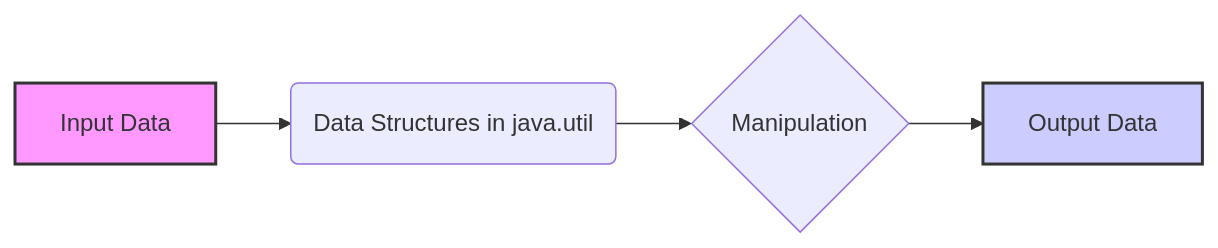
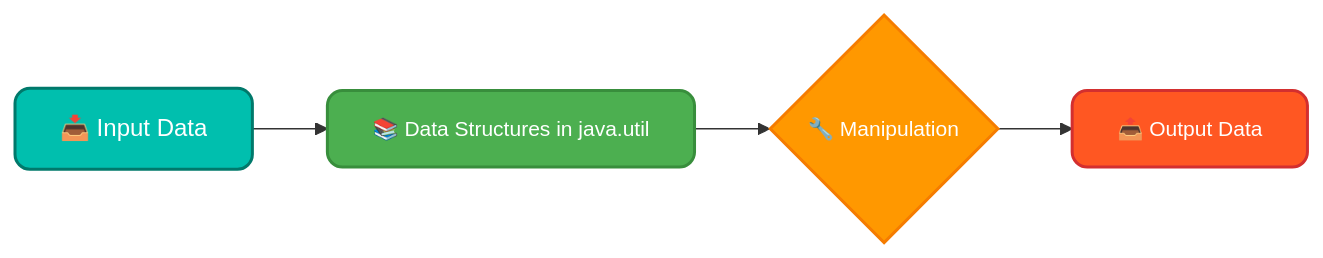
Before and after one commit to infoyouth/infoyouth.github.io: the second of 3 diagrams in _posts/2024-12-28-12.-packages-in-java.md, drawn with Mermaid. The commit also changed other lines of this file, not shown here.

````diff
--- a/_posts/2024-12-28-12.-packages-in-java.md
+++ b/_posts/2024-12-28-12.-packages-in-java.md
@@ -214,9 +240,17 @@
 ```mermaid
 graph LR
-    A[Input Data] --> B(Data Structures in java.util);
-    B --> C{Manipulation};
-    C --> D[Output Data];
-    style A fill:#f9f,stroke:#333,stroke-width:2px
-    style D fill:#ccf,stroke:#333,stroke-width:2px
-    
+    A[📥 Input Data] --> B[📚 Data Structures in java.util]
+    B --> C{🔧 Manipulation}
+    C --> D[📤 Output Data]
+
+    class A inputNode
+    class B structureNode
+    class C manipulationNode
+    class D outputNode
+
+    classDef inputNode fill:#00BFAE,stroke:#00796B,color:#FFFFFF,font-size:16px,stroke-width:2px,rx:10px;
+    classDef structureNode fill:#4CAF50,stroke:#388E3C,color:#FFFFFF,font-size:14px,stroke-width:2px,rx:10px;
+    classDef manipulationNode fill:#FF9800,stroke:#F57C00,color:#FFFFFF,font-size:14px,stroke-width:2px,rx:10px;
+    classDef outputNode fill:#FF5722,stroke:#D32F2F,color:#FFFFFF,font-size:14px,stroke-width:2px,rx:10px;
+
 ```
````
